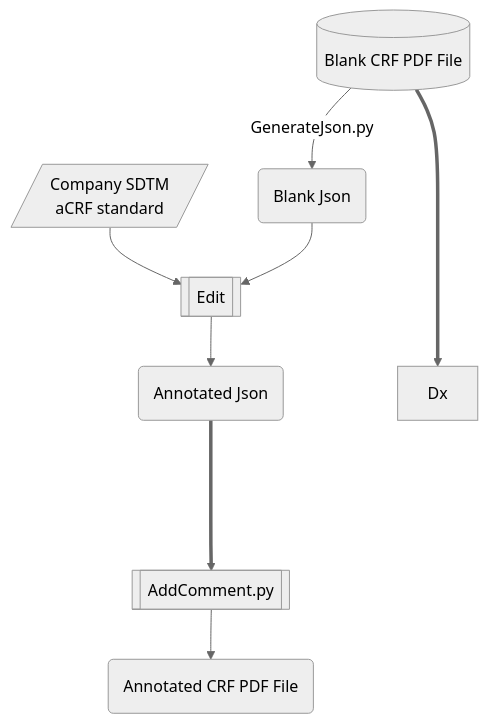
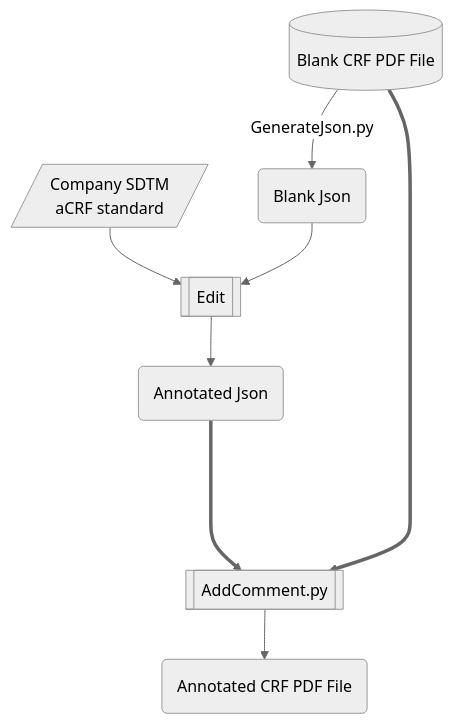
The diagram in FlowChart.md (lpp1985/ACRFAnnotator), drawn with Mermaid (neutral theme) before and after one commit.

Commit message:
Add FlowChart

````diff
--- a/FlowChart.md
+++ b/FlowChart.md
@@ -1,15 +1,15 @@
 ```mermaid
 flowchart TD;
     A[("Blank CRF PDF File")]
     A--GenerateJson.py-->B(Blank Json)
     F[/"Company SDTM 
     aCRF standard"/]-->
   	 E[["Edit"]]
     B-->E
     G(Annotated Json)
     E-->G
     G====>D[["AddComment.py"]]
-    A====>Dx
+    A====>D
     D-->V("Annotated CRF PDF File")
 
 ```
````
